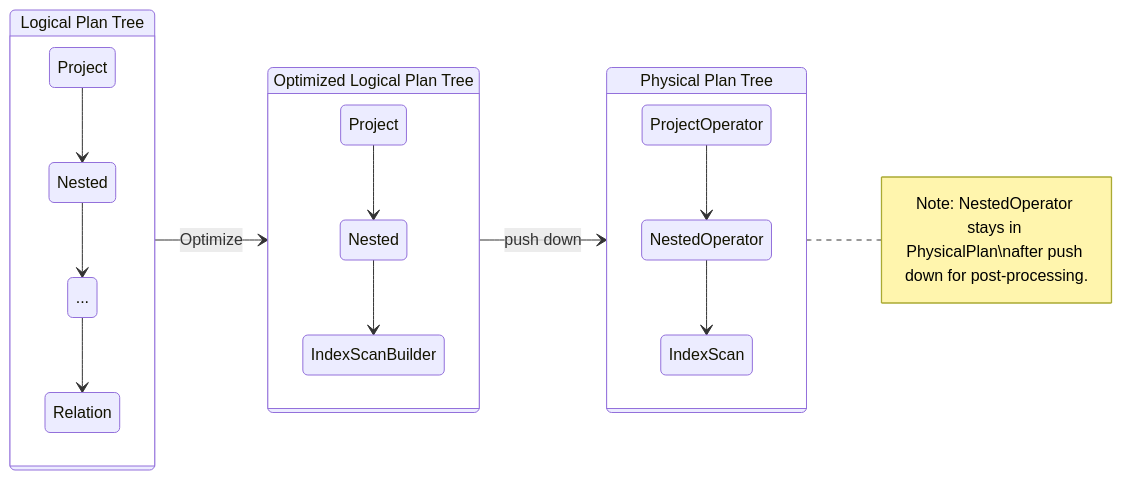
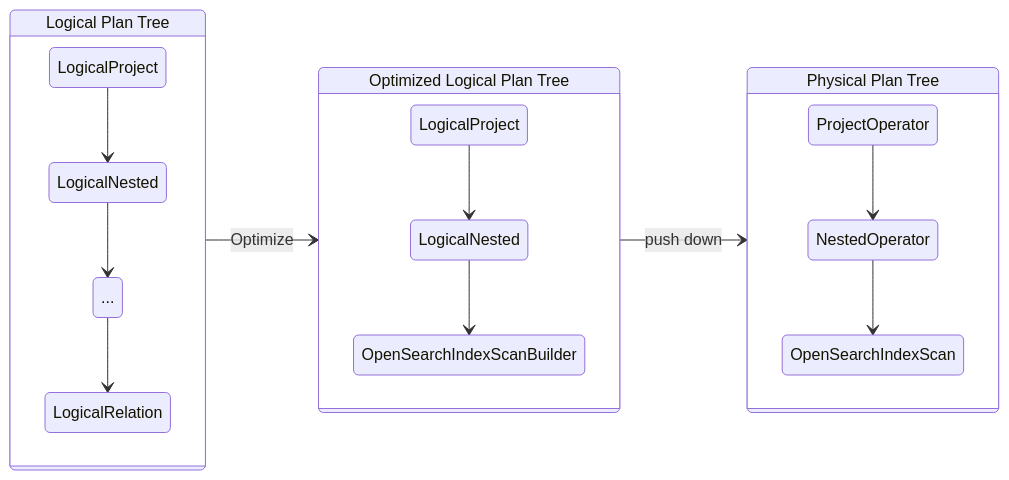
The first of 4 diagrams in docs/dev/sql-nested-function-select-clause.md (opensearch-project/sql), drawn with Mermaid before and after one commit. The commit also changed other lines of this file and 1 other file, not shown here.

Commit message:
Fixing using complete class names for state diagrams, added clarification for examples, and used a better example to describe response flattening and cross join.

````diff
--- a/docs/dev/sql-nested-function-select-clause.md
+++ b/docs/dev/sql-nested-function-select-clause.md
@@ -303,38 +303,35 @@
 ```mermaid
 stateDiagram-v2
 direction LR
     LogicalPlan --> OptimizedLogicalPlan: Optimize
     OptimizedLogicalPlan --> PhysicalPlan:push down
-    note right of PhysicalPlan
-      Note: NestedOperator stays in PhysicalPlan\nafter push down for post-processing.
-    end note
 
     state "Logical Plan Tree" as LogicalPlan
     state LogicalPlan {
-        logState1: Project
-        logState2: Nested
+        logState1: LogicalProject
+        logState2: LogicalNested
         logState3: ...
 
         logState1 --> logState2
         logState2 --> logState3
-        logState3 --> Relation
+        logState3 --> LogicalRelation
     }
 
     state "Optimized Logical Plan Tree" as OptimizedLogicalPlan
     state OptimizedLogicalPlan {
-        optState1: Project
-        optState2: Nested
+        optState1: LogicalProject
+        optState2: LogicalNested
 
         optState1 --> optState2
-        optState2 --> IndexScanBuilder
+        optState2 --> OpenSearchIndexScanBuilder
     }
 
     state "Physical Plan Tree" as PhysicalPlan
     state PhysicalPlan {
         phyState1: ProjectOperator
         phyState2: NestedOperator
 
         phyState1 --> phyState2
-        phyState2 --> IndexScan
+        phyState2 --> OpenSearchIndexScan
     }
 ```
````
